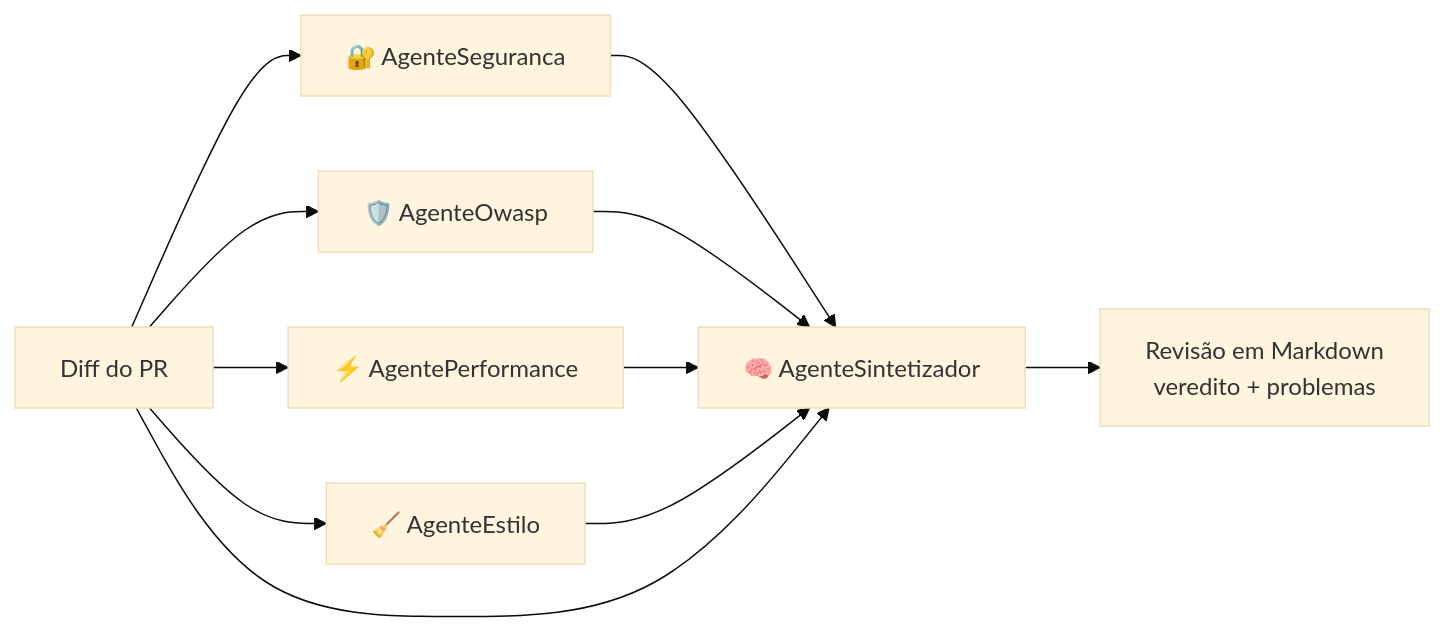
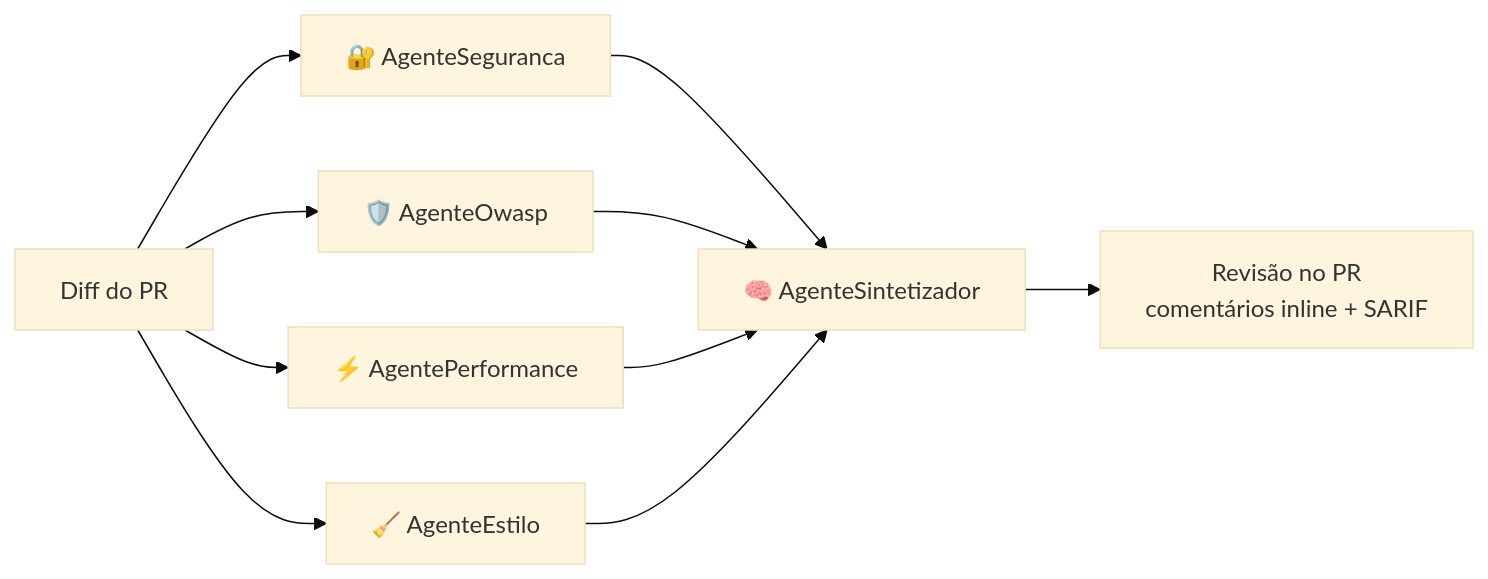
Before and after one commit to Cosmess/code-review-crew: the diagram in README.md, drawn with Mermaid (base theme). The commit also changed other lines of this file, not shown here.

Commit message:
docs: atualiza README com GitHub Action, CLI, .crc.yml e roadmap

````diff
--- a/README.md
+++ b/README.md
@@ -14,13 +14,12 @@
 ```mermaid
 flowchart LR
     D[Diff do PR] --> S1[🔐 AgenteSeguranca]
     D --> S2[🛡️ AgenteOwasp]
     D --> S3[⚡ AgentePerformance]
     D --> S4[🧹 AgenteEstilo]
     S1 --> Y[🧠 AgenteSintetizador]
     S2 --> Y
     S3 --> Y
     S4 --> Y
-    D --> Y
-    Y --> R[Revisão em Markdown<br/>veredito + problemas]
+    Y --> R[Revisão no PR<br/>comentários inline + SARIF]
 ```
````
